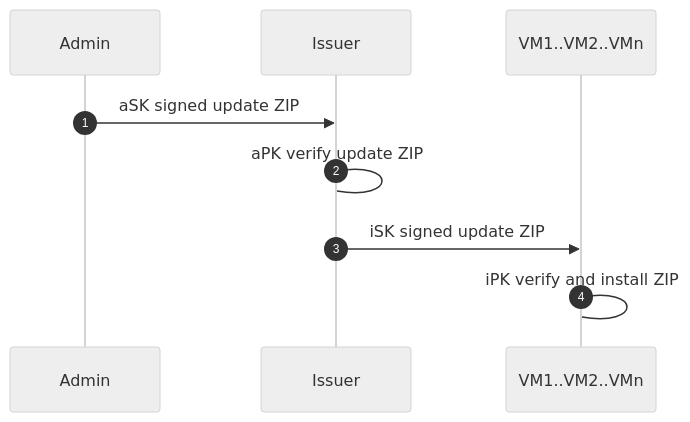
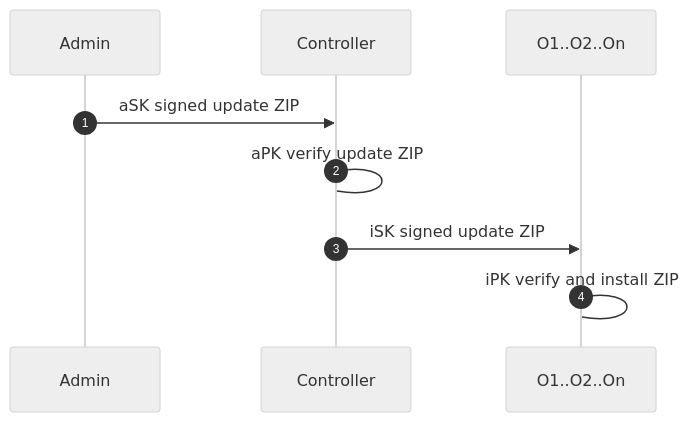
The fifth of 5 diagrams in README.md (dyne/zenswarm), drawn with Mermaid (neutral theme) before and after one commit. The commit also changed other lines of this file, not shown here.

````diff
--- a/README.md
+++ b/README.md
@@ -118,12 +171,12 @@
 ```mermaid
 sequenceDiagram
 autonumber
   participant A as Admin
-  participant I as Issuer
-  participant V as VM1..VM2..VMn
+  participant I as Controller
+  participant V as O1..O2..On
   
   A->>I: aSK signed update ZIP
   I->I: aPK verify update ZIP
   I->>V: iSK signed update ZIP 
   V->V: iPK verify and install ZIP
 ```
````
